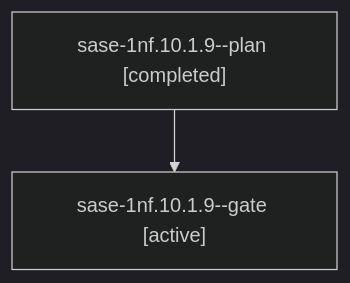
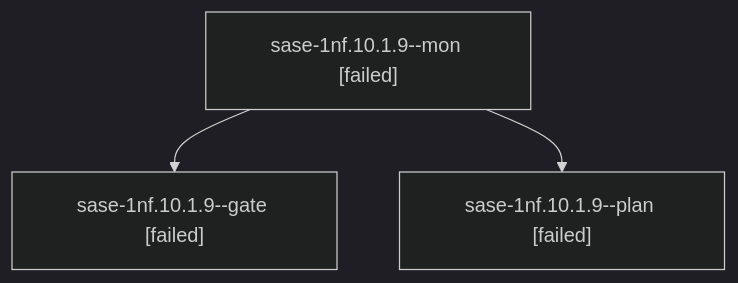
Before and after one commit to sase-org/sase--agents: the diagram in sessions/bbugyi200.athena.sase-1nf.10.1.9.md, drawn with Mermaid (dark theme). The commit also changed other lines of this file and 291 other files, not shown here.

````diff
--- a/sessions/bbugyi200.athena.sase-1nf.10.1.9.md
+++ b/sessions/bbugyi200.athena.sase-1nf.10.1.9.md
@@ -9,6 +9,8 @@
 ```mermaid
 flowchart TD
-  n0["sase-1nf.10.1.9--plan [completed]"]
-  n1["sase-1nf.10.1.9--gate [active]"]
+  n0["sase-1nf.10.1.9--mon [failed]"]
+  n1["sase-1nf.10.1.9--gate [failed]"]
   n0 --> n1
+  n2["sase-1nf.10.1.9--plan [failed]"]
+  n0 --> n2
 ```
````
